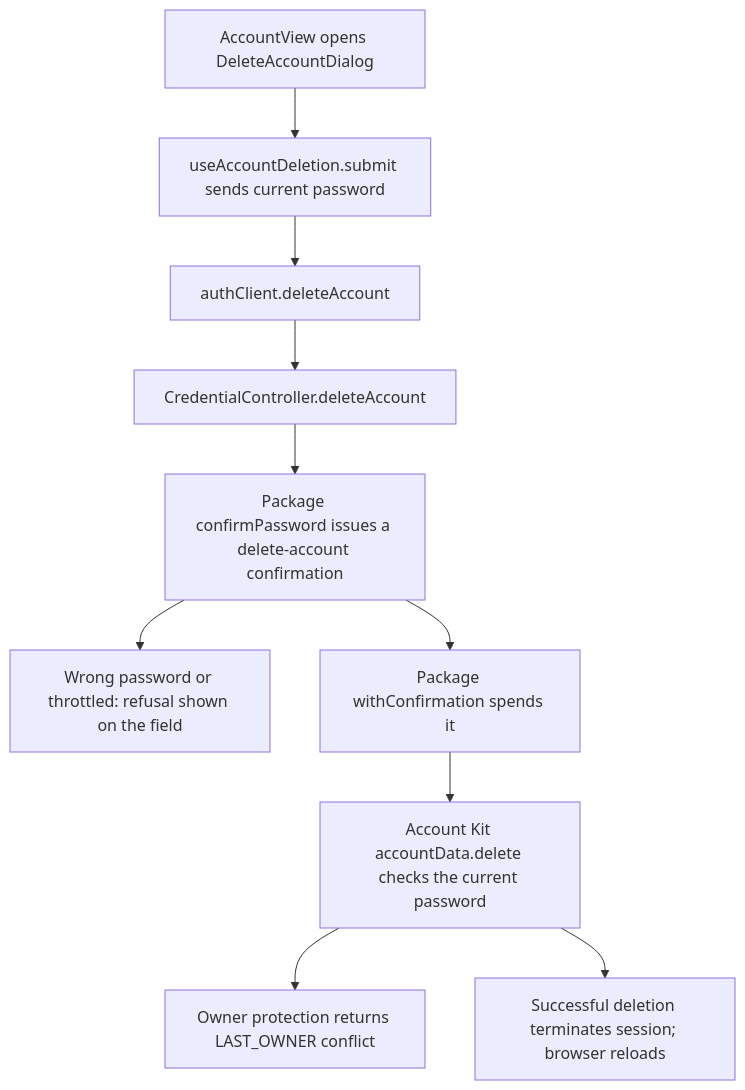
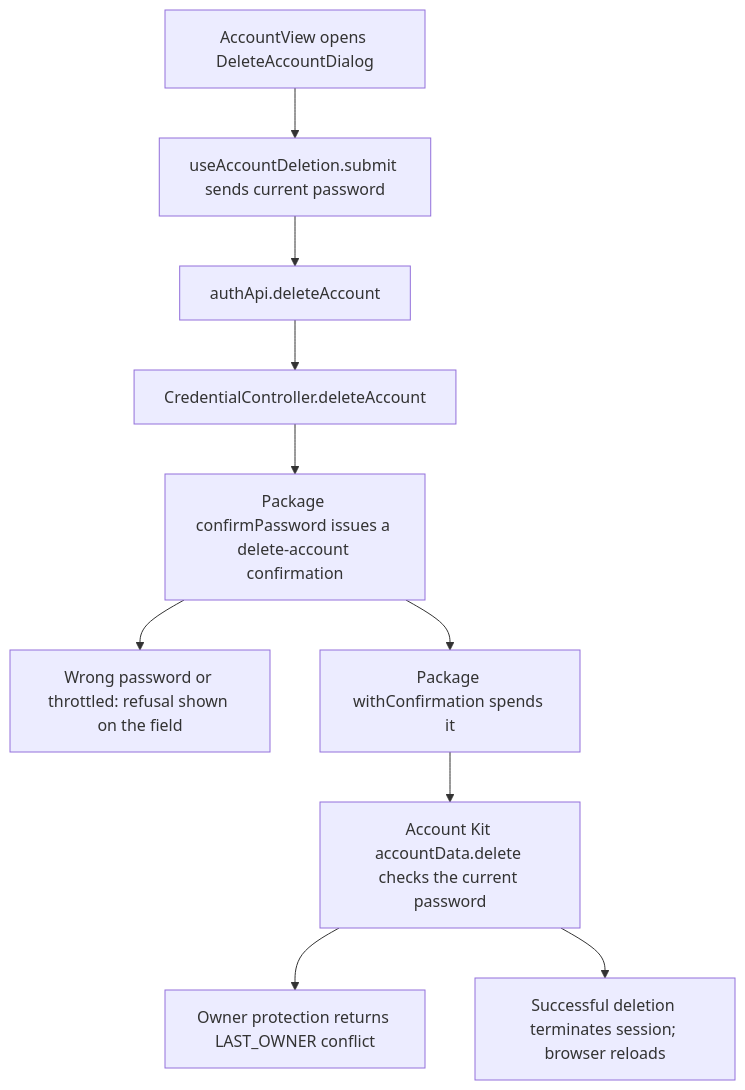
One commit to Kevinjohn/capacitylens changed the second of 2 diagrams in user-stories/account/US-ACCOUNT-05-delete-account.md. Above: the diagram before and after it, drawn with Mermaid. The commit also changed other lines of this file and 79 other files, not shown here.

First line of the commit message:
Client to Api: rename the typed HTTP modules

````diff
--- a/user-stories/account/US-ACCOUNT-05-delete-account.md
+++ b/user-stories/account/US-ACCOUNT-05-delete-account.md
@@ -35,12 +35,12 @@
 ```mermaid
 flowchart TD
   view["AccountView opens DeleteAccountDialog"] --> submit["useAccountDeletion.submit sends current password"]
-  submit --> client["authClient.deleteAccount"]
+  submit --> client["authApi.deleteAccount"]
   client --> route["CredentialController.deleteAccount"]
   route --> issue["Package confirmPassword issues a delete-account confirmation"]
   issue --> refused["Wrong password or throttled: refusal shown on the field"]
   issue --> spend["Package withConfirmation spends it"]
   spend --> kit["Account Kit accountData.delete checks the current password"]
   kit --> owner["Owner protection returns LAST_OWNER conflict"]
   kit --> session["Successful deletion terminates session; browser reloads"]
 ```
````
